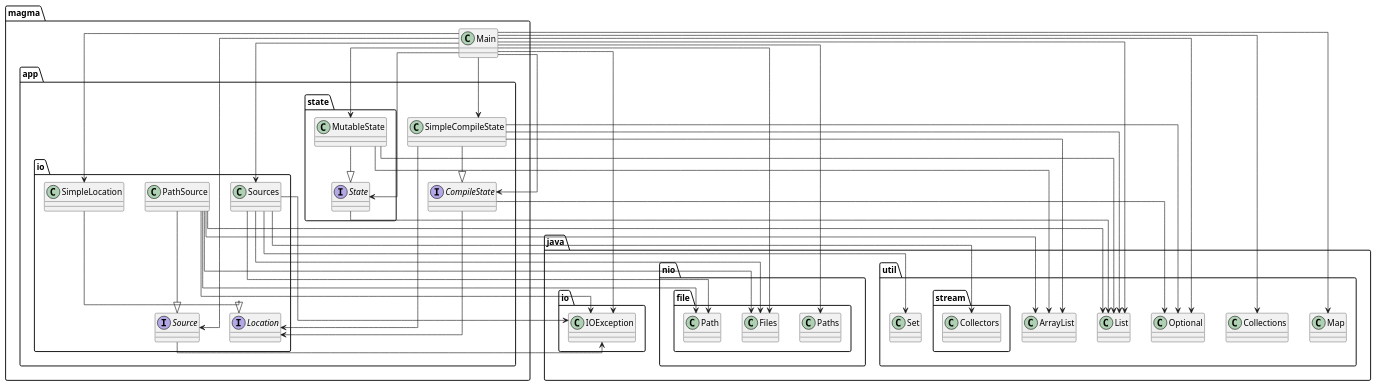
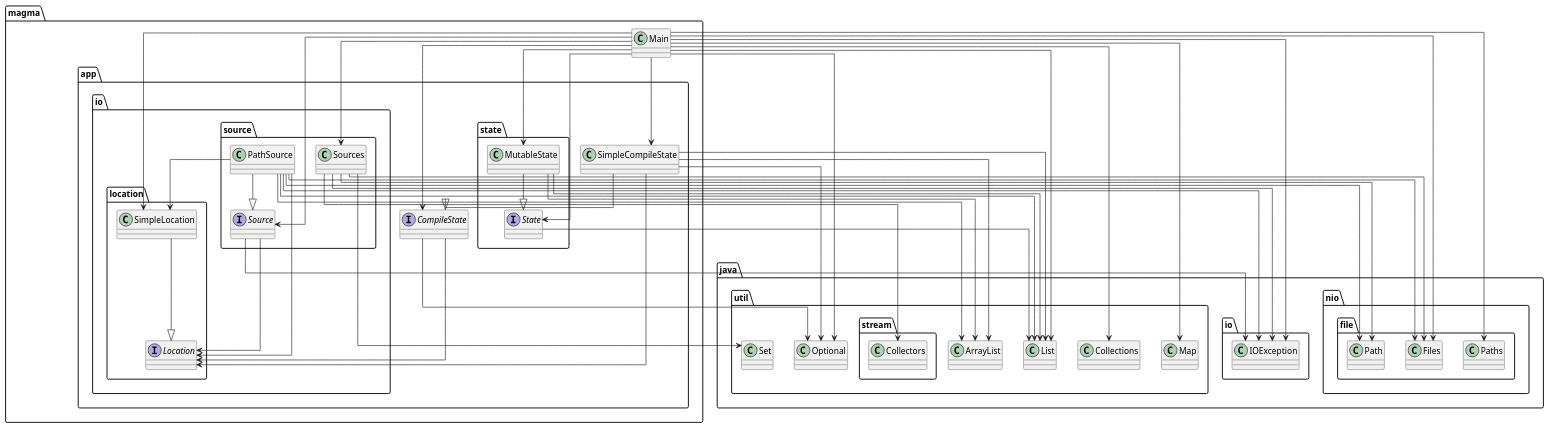
The diagram in diagram.puml (SirMathhman/Magma), drawn with PlantUML before and after one commit. The commit also changed 8 other files, not shown here.

```diff
--- a/diagram.puml
+++ b/diagram.puml
@@ -1,51 +1,54 @@
 @startuml
 skinparam linetype ortho
-magma.app.SimpleCompileState --> magma.app.io.Location
+interface magma.app.io.location.Location
+magma.app.SimpleCompileState --> magma.app.io.location.Location
 magma.app.SimpleCompileState --> java.util.ArrayList
 magma.app.SimpleCompileState --> java.util.List
 magma.app.SimpleCompileState --> java.util.Optional
 class magma.app.SimpleCompileState
 magma.app.SimpleCompileState --|> magma.app.CompileState
-magma.app.CompileState --> magma.app.io.Location
+magma.app.CompileState --> magma.app.io.location.Location
 magma.app.CompileState --> java.util.Optional
 interface magma.app.CompileState
+class magma.app.io.location.SimpleLocation
+magma.app.io.location.SimpleLocation --|> magma.app.io.location.Location
 magma.app.state.MutableState --> java.util.ArrayList
 magma.app.state.MutableState --> java.util.List
 class magma.app.state.MutableState
 magma.app.state.MutableState --|> magma.app.state.State
-interface magma.app.io.Location
 magma.Main --> magma.app.CompileState
 magma.Main --> magma.app.SimpleCompileState
-magma.Main --> magma.app.io.SimpleLocation
-magma.Main --> magma.app.io.Source
-magma.Main --> magma.app.io.Sources
+magma.Main --> magma.app.io.location.SimpleLocation
+magma.Main --> magma.app.io.source.Source
+magma.Main --> magma.app.io.source.Sources
 magma.Main --> magma.app.state.MutableState
 magma.Main --> magma.app.state.State
 magma.Main --> java.io.IOException
 magma.Main --> java.nio.file.Files
 magma.Main --> java.nio.file.Paths
 magma.Main --> java.util.Collections
 magma.Main --> java.util.List
 magma.Main --> java.util.Map
 magma.Main --> java.util.Optional
 class magma.Main
-magma.app.io.Source --> java.io.IOException
-interface magma.app.io.Source
-magma.app.io.Sources --> java.io.IOException
-magma.app.io.Sources --> java.nio.file.Files
-magma.app.io.Sources --> java.nio.file.Path
-magma.app.io.Sources --> java.util.Set
-magma.app.io.Sources --> java.util.stream.Collectors
-class magma.app.io.Sources
-class magma.app.io.SimpleLocation
-magma.app.io.SimpleLocation --|> magma.app.io.Location
-magma.app.io.PathSource --> java.io.IOException
-magma.app.io.PathSource --> java.nio.file.Files
-magma.app.io.PathSource --> java.nio.file.Path
-magma.app.io.PathSource --> java.util.ArrayList
-magma.app.io.PathSource --> java.util.List
-class magma.app.io.PathSource
-magma.app.io.PathSource --|> magma.app.io.Source
+magma.app.io.source.Source --> magma.app.io.location.Location
+magma.app.io.source.Source --> java.io.IOException
+interface magma.app.io.source.Source
+magma.app.io.source.PathSource --> magma.app.io.location.Location
+magma.app.io.source.PathSource --> magma.app.io.location.SimpleLocation
+magma.app.io.source.PathSource --> java.io.IOException
+magma.app.io.source.PathSource --> java.nio.file.Files
+magma.app.io.source.PathSource --> java.nio.file.Path
+magma.app.io.source.PathSource --> java.util.ArrayList
+magma.app.io.source.PathSource --> java.util.List
+class magma.app.io.source.PathSource
+magma.app.io.source.PathSource --|> magma.app.io.source.Source
+magma.app.io.source.Sources --> java.io.IOException
+magma.app.io.source.Sources --> java.nio.file.Files
+magma.app.io.source.Sources --> java.nio.file.Path
+magma.app.io.source.Sources --> java.util.Set
+magma.app.io.source.Sources --> java.util.stream.Collectors
+class magma.app.io.source.Sources
 magma.app.state.State --> java.util.List
 interface magma.app.state.State
 @enduml
```
